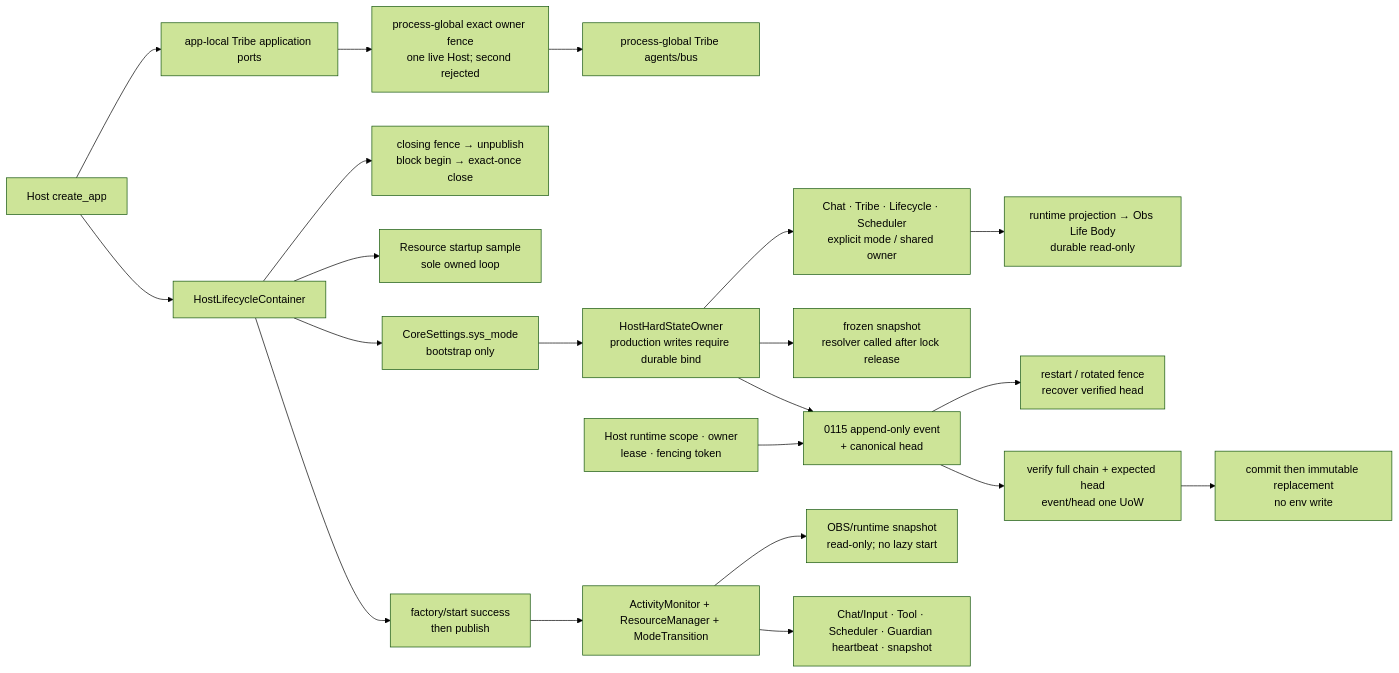
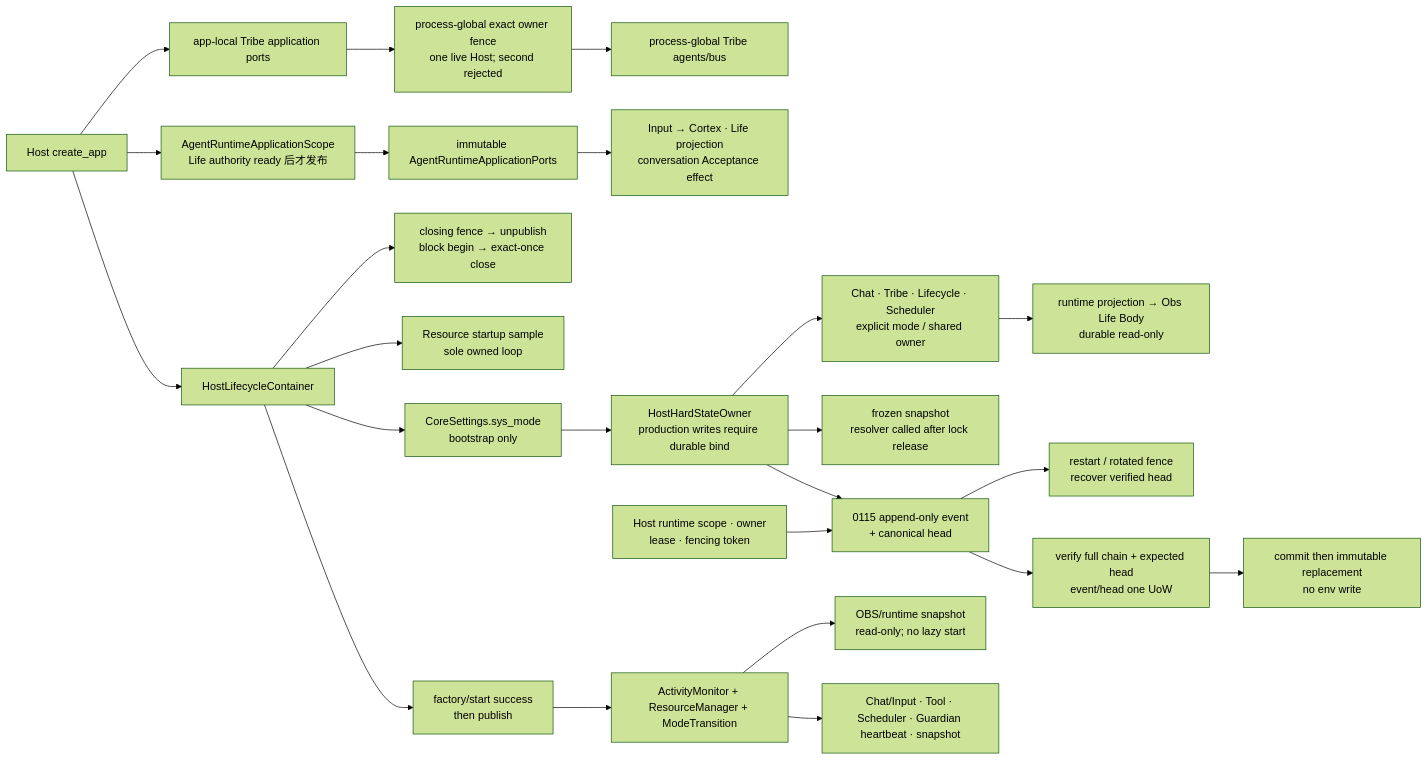
Before and after one commit to SakuraYoruno/Natsume_Ai: the second of 14 diagrams in docs/50_project/arch/DATA_FLOW_ARCHITECTURE.md, drawn with Mermaid (forest theme). The commit also changed other lines of this file and 32 other files, not shown here.

Commit message:
重构：收敛 AgentRuntime 生命周期端口

````diff
--- a/docs/50_project/arch/DATA_FLOW_ARCHITECTURE.md
+++ b/docs/50_project/arch/DATA_FLOW_ARCHITECTURE.md
@@ -159,23 +159,26 @@
 ```mermaid
 flowchart LR
     ASGI["Host create_app"] --> Container["HostLifecycleContainer"]
+    ASGI --> AgentScope["AgentRuntimeApplicationScope\nLife authority ready 后才发布"]
+    AgentScope --> AgentPorts["immutable AgentRuntimeApplicationPorts"]
+    AgentPorts --> AgentConsumers["Input → Cortex · Life projection\nconversation Acceptance effect"]
     Container --> Start["factory/start success\nthen publish"]
     Start --> Services["ActivityMonitor + ResourceManager + ModeTransition"]
     Container --> Bootstrap["CoreSettings.sys_mode\nbootstrap only"]
     Bootstrap --> HardState["HostHardStateOwner\nproduction writes require durable bind"]
     Lease["Host runtime scope · owner\nlease · fencing token"] --> Journal["0115 append-only event\n+ canonical head"]
     HardState --> Journal
     Journal --> CAS["verify full chain + expected head\nevent/head one UoW"]
     CAS --> ModeChange["commit then immutable replacement\nno env write"]
     Journal --> Restart["restart / rotated fence\nrecover verified head"]
     HardState --> Endocrine["frozen snapshot\nresolver called after lock release"]
     HardState --> ModeReaders["Chat · Tribe · Lifecycle · Scheduler\nexplicit mode / shared owner"]
     ModeReaders --> DurableProjection["runtime projection → Obs Life Body\ndurable read-only"]
     Services --> Readers["Chat/Input · Tool · Scheduler · Guardian heartbeat · snapshot"]
     Services --> Snapshot["OBS/runtime snapshot\nread-only; no lazy start"]
     Container --> ResourceLoop["Resource startup sample\nsole owned loop"]
     ASGI --> TribePorts["app-local Tribe application ports"]
     TribePorts --> TribeFence["process-global exact owner fence\none live Host; second rejected"]
     TribeFence --> TribeGlobal["process-global Tribe agents/bus"]
     Container --> Close["closing fence → unpublish\nblock begin → exact-once close"]
 ```
````
